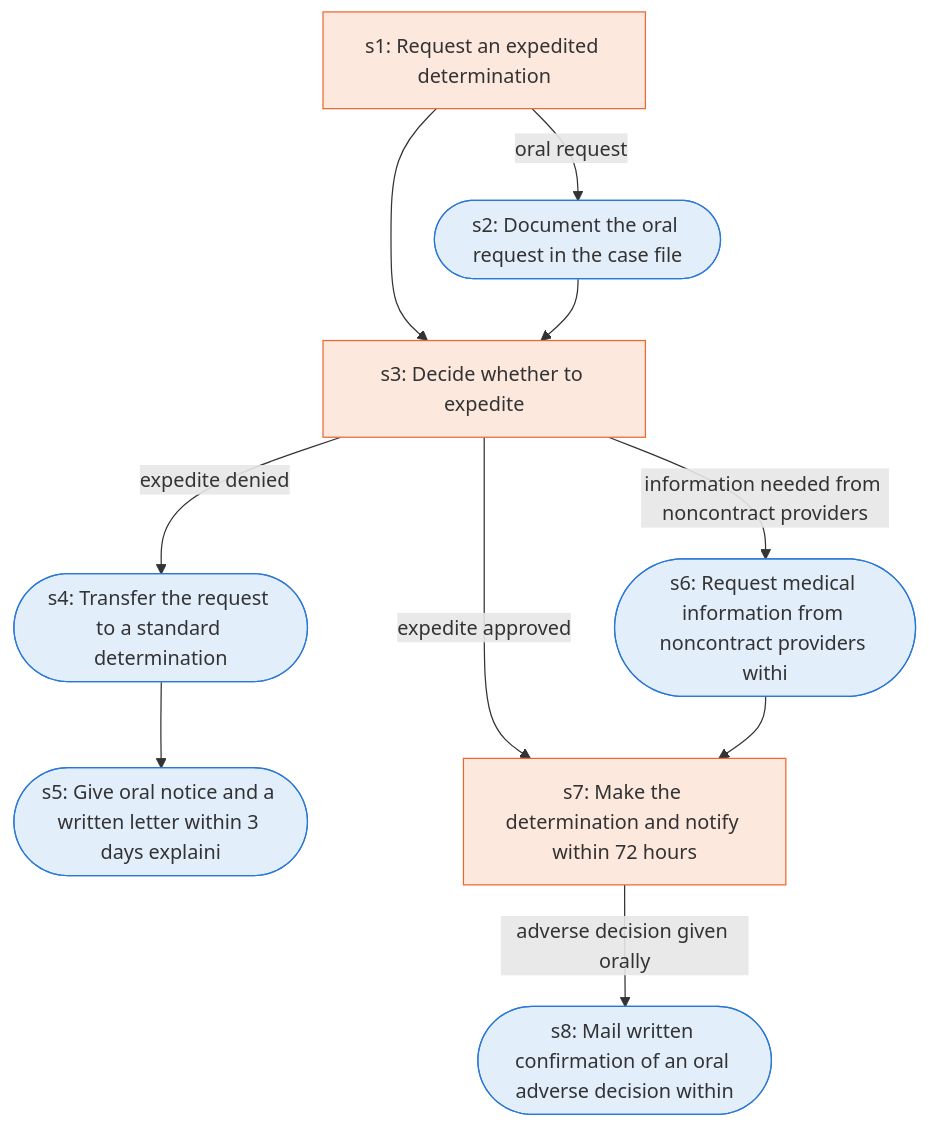
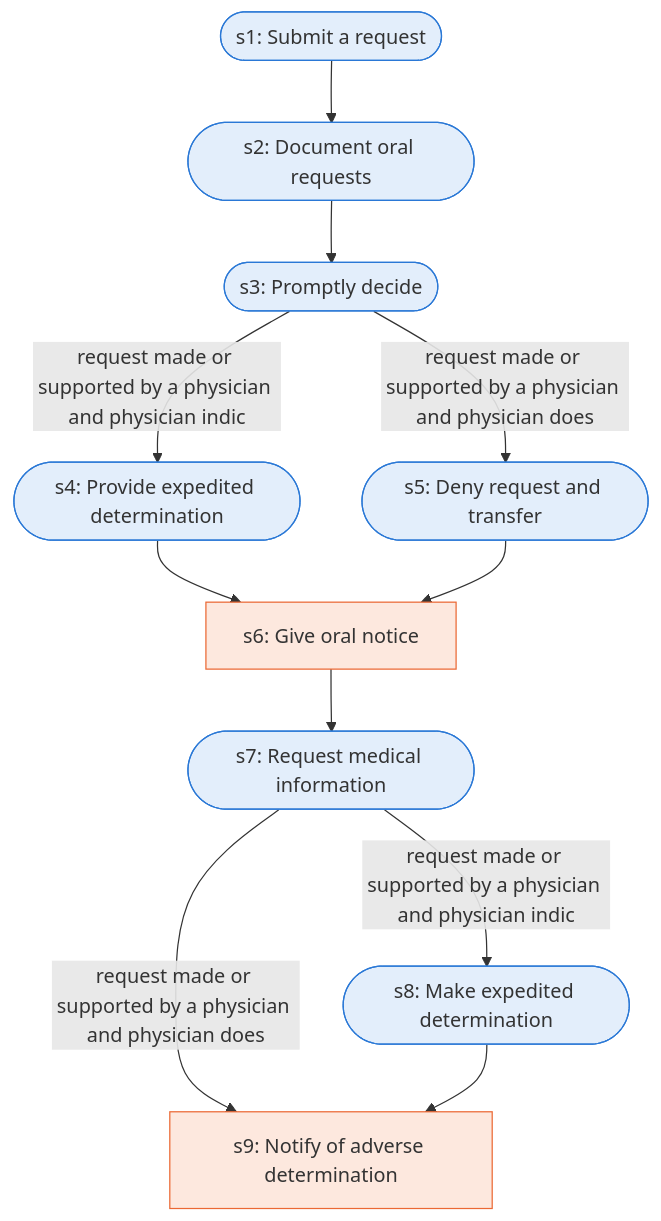
One commit to Jitesh-Mishra/sop-to-agent-workflows changed the diagram in docs/runbooks/pa_ma_expedited_determination.md. Above: the diagram before and after it, drawn with Mermaid. The commit also changed other lines of this file and 172 other files, not shown here.

````diff
--- a/docs/runbooks/pa_ma_expedited_determination.md
+++ b/docs/runbooks/pa_ma_expedited_determination.md
@@ -7,24 +7,26 @@
 ```mermaid
 flowchart TD
-  s1["s1: Request an expedited determination"]
-  s2(["s2: Document the oral request in the case file"])
-  s3["s3: Decide whether to expedite"]
-  s4(["s4: Transfer the request to a standard determination"])
-  s5(["s5: Give oral notice and a written letter within 3 days explaini"])
-  s6(["s6: Request medical information from noncontract providers withi"])
-  s7["s7: Make the determination and notify within 72 hours"]
-  s8(["s8: Mail written confirmation of an oral adverse decision within"])
-  s1 -->|oral request| s2
-  s1 --> s3
+  s1(["s1: Submit a request"])
+  s2(["s2: Document oral requests"])
+  s3(["s3: Promptly decide"])
+  s4(["s4: Provide expedited determination"])
+  s5(["s5: Deny request and transfer"])
+  s6["s6: Give oral notice"]
+  s7(["s7: Request medical information"])
+  s8(["s8: Make expedited determination"])
+  s9["s9: Notify of adverse determination"]
+  s1 --> s2
   s2 --> s3
-  s3 -->|expedite denied| s4
-  s4 --> s5
-  s3 -->|information needed from noncontract providers| s6
-  s3 -->|expedite approved| s7
+  s3 -->|request made or supported by a physician and physician indic| s4
+  s3 -->|request made or supported by a physician and physician does | s5
+  s4 --> s6
+  s5 --> s6
   s6 --> s7
-  s7 -->|adverse decision given orally| s8
+  s7 -->|request made or supported by a physician and physician indic| s8
+  s7 -->|request made or supported by a physician and physician does | s9
+  s8 --> s9
   classDef agent fill:#e3eefb,stroke:#2a78d6
   classDef human fill:#fde8de,stroke:#eb6834
-  class s2,s4,s5,s6,s8 agent
-  class s1,s3,s7 human
+  class s1,s2,s3,s4,s5,s7,s8 agent
+  class s6,s9 human
 ```
````
